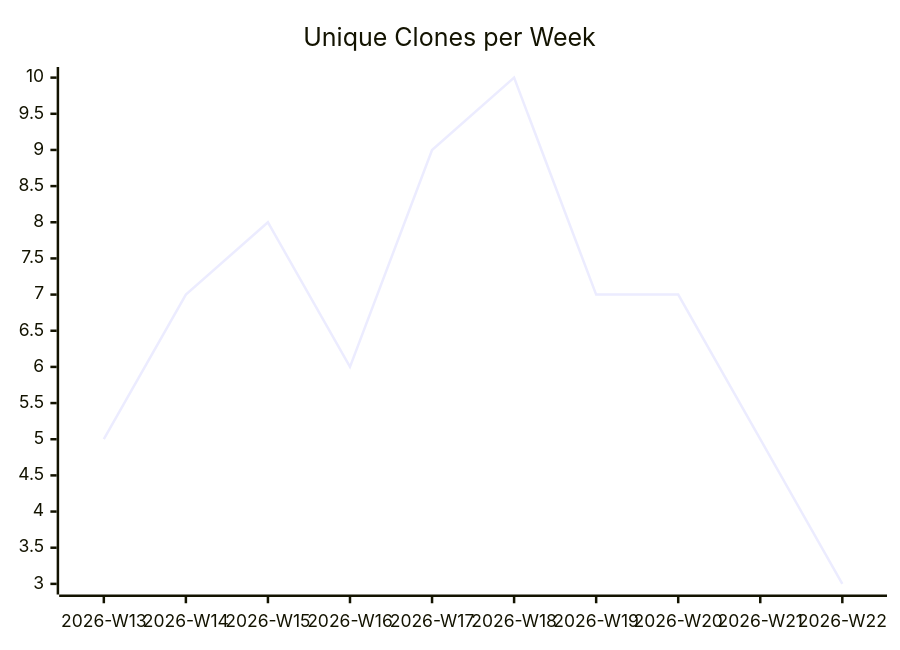
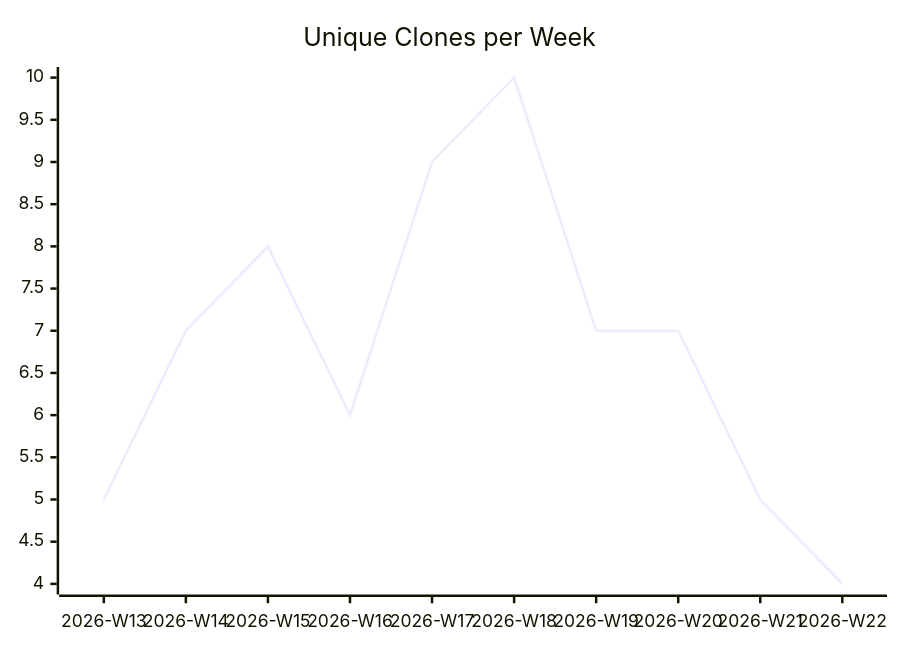
One commit to justdavis-family/github-analytics-data changed the third of 3 diagrams in karlmdavis/ansible-role-jenkins2/README.md. Above: the diagram before and after it, drawn with Mermaid. The commit also changed other lines of this file and 191 other files, not shown here.

````diff
--- a/karlmdavis/ansible-role-jenkins2/README.md
+++ b/karlmdavis/ansible-role-jenkins2/README.md
@@ -19,6 +19,6 @@
 ```mermaid
 xychart-beta
   title "Unique Clones per Week"
   x-axis ["2026-W13", "2026-W14", "2026-W15", "2026-W16", "2026-W17", "2026-W18", "2026-W19", "2026-W20", "2026-W21", "2026-W22"]
-  line [5, 7, 8, 6, 9, 10, 7, 7, 5, 3]
+  line [5, 7, 8, 6, 9, 10, 7, 7, 5, 4]
 ```
````
